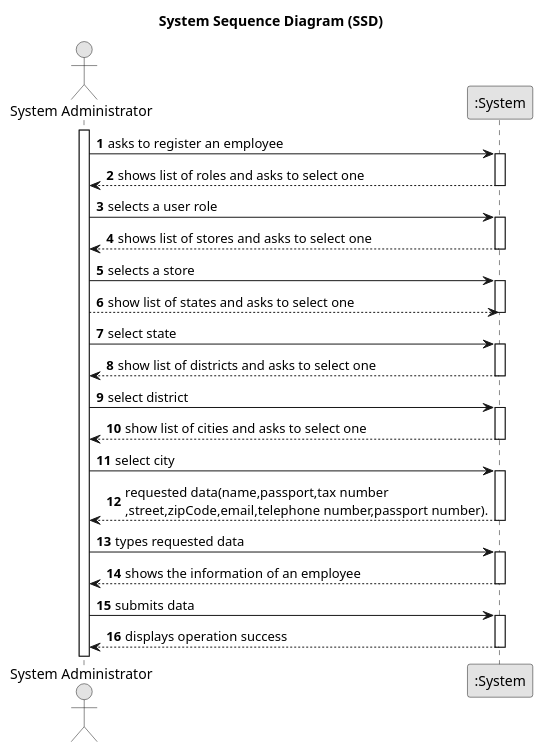
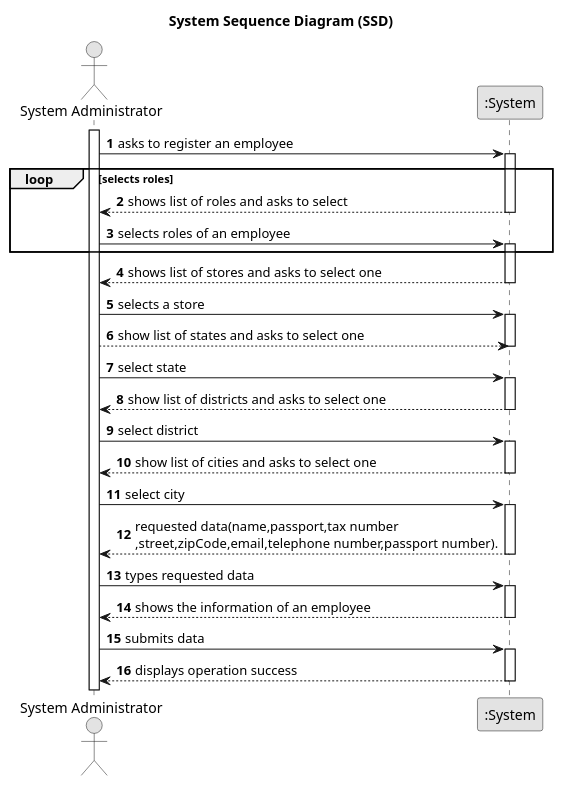
One commit to PureNimble/ISEP-LAPR2 changed the diagram in docs/sprintB/US03/01.requirements-engineering/puml/us03-system-sequence-diagram.puml. Above: the diagram before and after it, drawn with PlantUML. The commit also changed 19 other files, not shown here.

```diff
--- a/docs/sprintB/US03/01.requirements-engineering/puml/us03-system-sequence-diagram.puml
+++ b/docs/sprintB/US03/01.requirements-engineering/puml/us03-system-sequence-diagram.puml
@@ -1,63 +1,67 @@
 @startuml
 skinparam monochrome true
 skinparam packageStyle rectangle
 skinparam shadowing false
 
 title System Sequence Diagram (SSD)
 
 autonumber
 
 actor "System Administrator" as Admin
 participant ":System" as System
 
 activate Admin
 
     Admin -> System : asks to register an employee
     activate System
 
-    System --> Admin : shows list of roles and asks to select one
-    deactivate System
+    loop selects roles
+     System --> Admin : shows list of roles and asks to select
+        deactivate System
 
-        Admin -> System : selects a user role
-        activate System
+            Admin -> System : selects roles of an employee
+            activate System
+    end
+
+
 
          System --> Admin : shows list of stores and asks to select one
             deactivate System
 
                 Admin -> System : selects a store
                 activate System
 
          System <-- Admin:show list of states and asks to select one
          deactivate System
 
          Admin -> System : select state
          activate System
 
          System --> Admin : show list of districts and asks to select one
          deactivate System
 
          Admin -> System: select district
          activate System
 
          System --> Admin : show list of cities and asks to select one
          deactivate System
 
         Admin -> System: select city
         activate System
 
    System --> Admin :  requested data(name,passport,tax number \n,street,zipCode,email,telephone number,passport number).
      deactivate System
 
     Admin -> System : types requested data
     activate System
 
      System --> Admin : shows the information of an employee
             deactivate System
 
     Admin -> System : submits data
     activate System
 
         System --> Admin : displays operation success
     deactivate System
 
 @enduml
```
